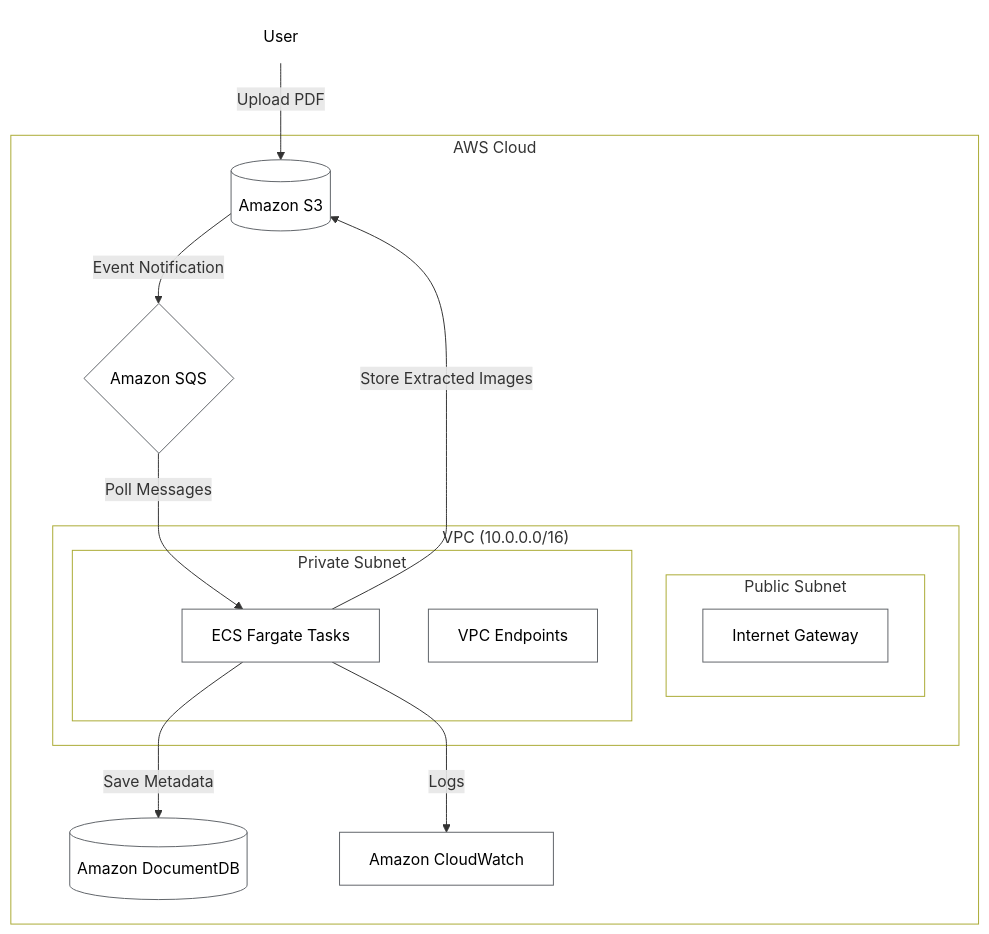
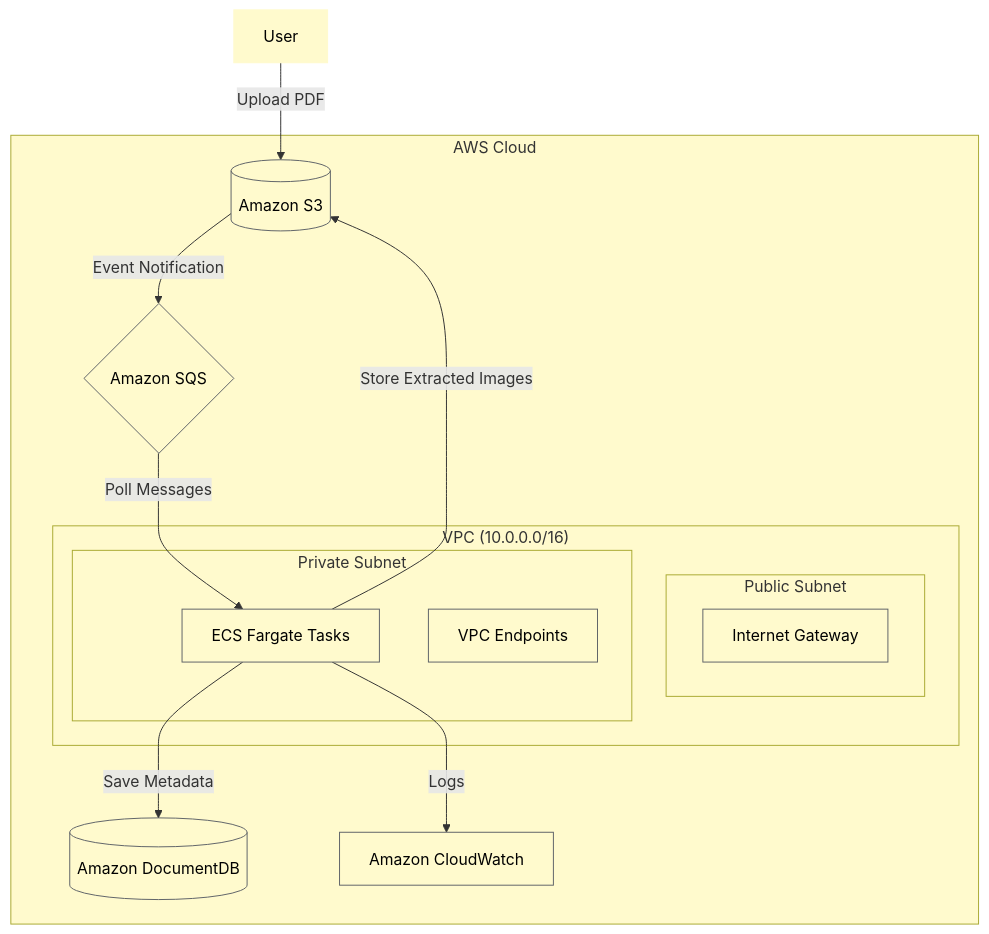
One commit to hyperverseglobalconsulting/pdf_data_extraction_statless_comps changed the diagram in README.md. Above: the diagram before and after it, drawn with Mermaid.

````diff
--- a/README.md
+++ b/README.md
@@ -22,53 +22,53 @@
 ```mermaid
-%% Dark Mode Optimized
+%% Dark Mode Optimized (Light Yellow Background)
 graph TD
     A[User] -->|Upload PDF| B[(Amazon S3)]
     
     subgraph AWS["AWS Cloud"]
         subgraph VPC["VPC (10.0.0.0/16)"]
             subgraph PublicSubnet["Public Subnet"]
                 I[Internet Gateway]
             end
             
             subgraph PrivateSubnet["Private Subnet"]
                 D[ECS Fargate Tasks]
                 E[VPC Endpoints]
             end
         end
         
         B -->|Event Notification| C{Amazon SQS}
         C -->|Poll Messages| D
         D -->|Store Extracted Images| B
         D -->|Save Metadata| F[(Amazon DocumentDB)]
         D -->|Logs| G[Amazon CloudWatch]
     end
     
-    %% Explicit White Backgrounds
-    classDef aws fill:#ffffff,stroke:#333,color:#000000;
-    classDef vpc fill:#ffffff,stroke:#2d72d9,color:#000000;
-    classDef public fill:#ffffff,stroke:#34a853,color:#000000;
-    classDef private fill:#ffffff,stroke:#d93025,color:#000000;
-    classDef service fill:#ffffff,stroke:#5f6368,color:#000000;
-    classDef textbg fill:#ffffff,stroke:#ffffff,color:#000000;
+    %% Light Yellow Backgrounds
+    classDef aws fill:#fffacd,stroke:#333,color:#000000;
+    classDef vpc fill:#fffacd,stroke:#2d72d9,color:#000000;
+    classDef public fill:#fffacd,stroke:#34a853,color:#000000;
+    classDef private fill:#fffacd,stroke:#d93025,color:#000000;
+    classDef service fill:#fffacd,stroke:#5f6368,color:#000000;
+    classDef textbg fill:#fffacd,stroke:#fffacd,color:#000000;
     
     %% Apply Styles
     class AWS aws;
     class VPC vpc;
     class PublicSubnet public;
     class PrivateSubnet private;
     class B,C,F,G,I,D,E service;
     class A textbg;
     
-    %% Force white background for all elements
-    style AWS fill:#ffffff
-    style VPC fill:#ffffff
-    style PublicSubnet fill:#ffffff
-    style PrivateSubnet fill:#ffffff
-    style B fill:#ffffff
-    style C fill:#ffffff
-    style D fill:#ffffff
-    style E fill:#ffffff
-    style F fill:#ffffff
-    style G fill:#ffffff
-    style I fill:#ffffff
+    %% Force light yellow background
+    style AWS fill:#fffacd
+    style VPC fill:#fffacd
+    style PublicSubnet fill:#fffacd
+    style PrivateSubnet fill:#fffacd
+    style B fill:#fffacd
+    style C fill:#fffacd
+    style D fill:#fffacd
+    style E fill:#fffacd
+    style F fill:#fffacd
+    style G fill:#fffacd
+    style I fill:#fffacd
 ```
````
